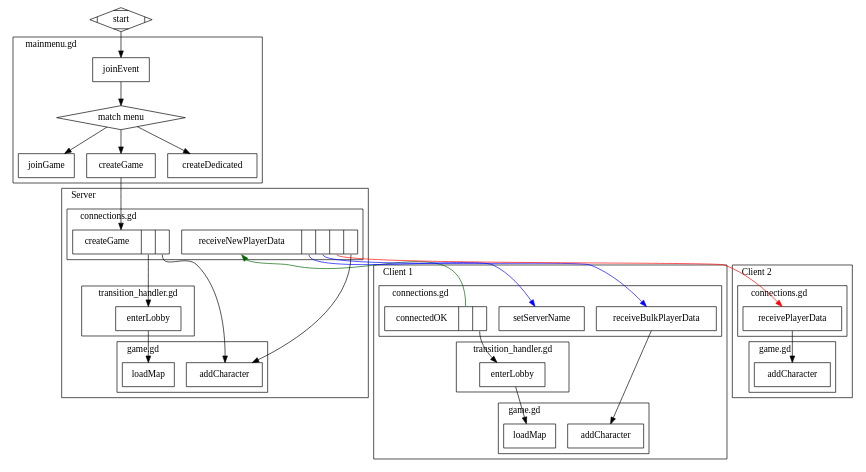
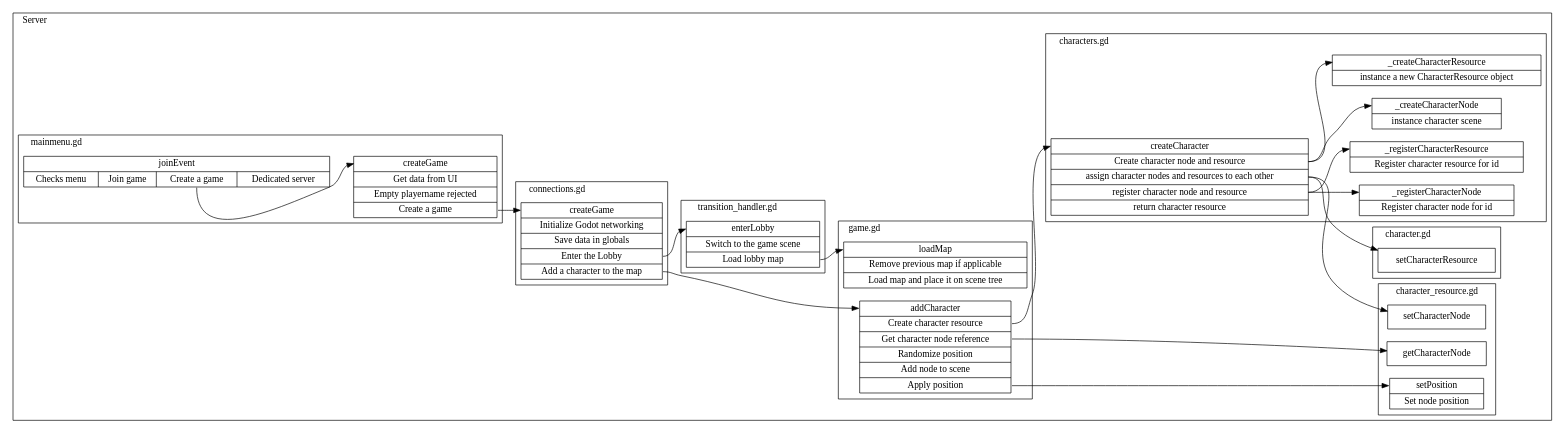
One commit to opensuspect/opensuspect changed the diagram in misc/controlflow/create and join/create.dot. Above: the diagram before and after it, drawn with Graphviz. The commit also changed 17 other files, not shown here.

Commit message:
initial commit: implementation of start game from lobby  * controlflow graphs for create / join updated  * added button for starting the game

```diff
--- a/misc/controlflow/create and join/create.dot
+++ b/misc/controlflow/create and join/create.dot
@@ -1,106 +1,111 @@
-digraph create {
-	subgraph cluster_mainmenu {
-		label="mainmenu.gd"; labeljust="l";
-		node [shape=box]; joinEvent; joinGame; createGame; createDedicated;
-		node [shape=diamond]; {node [label="match menu"] match_menu};
-	}
+digraph controlflow {
+    rankdir="LR";
+    subgraph cluster_client1 {
+        label="Client 1"; labeljust="l";
 
-	subgraph cluster_0 {
-		label="Client 1"; labeljust="l";
-		subgraph cluster_0c {
-			label="connections.gd"; labeljust="l";
-			connections_connectedOK[
-				label="<f0> connectedOK | <f1> | <f2>"
-				shape=record
-			];
-			connections_setServerName [
-				label="<f0> setServerName"
-				shape=record
-			];
-			connections_receiveBulkPlayerData [
-				label="<f0> receiveBulkPlayerData "
-				shape=record
-			];
-		}
-		subgraph cluster_0t {
-			label="transition_handler.gd"; labeljust="l";
-			node [shape=box]; {node [label="enterLobby"] client_enterLobby};
-		}
-		subgraph cluster_0g {
-			label="game.gd"; labeljust="l";
-			client_loadMap [
-				label="loadMap"
-				shape="record"
-			];
-			client_addCharacter [
-				label="addCharacter"
-				shape="record"
-			];
-		}
-	}
-	subgraph cluster_1 {
-		label="Server"; labeljust="l";
-		subgraph cluster_1c {
-			label="connections.gd"; labeljust="l";
-			connections_createGame [
-				label="<f0> createGame | <f1> | <f2>"
-				shape=record
-			];
-			connections_receiveNewPlayerData [
-				label="<f0> receiveNewPlayerData | <f1> | <f2>| <f3> | <f4>"
-				shape=record
-			];
-		}
-		subgraph cluster_1t {
-			label="transition_handler.gd"; labeljust="l";
-			node [shape=box]; {node [label="enterLobby"] server_enterLobby};
-		}
-		subgraph cluster_1g {
-			label="game.gd"; labeljust="l";
-			server_loadMap [
-				label="loadMap"
-				shape="record"
-			];
-			server_addCharacter [
-				label="addCharacter"
-				shape="record"
-			];
-		}
-	}
-	subgraph cluster_2 {
-		label="Client 2"; labeljust="l";
-		subgraph cluster_2c {
-			label="connections.gd"; labeljust="l";
-			connections_receivePlayerData [
-				label="<f0> receivePlayerData "
-				shape=record
-			];
-		}
-		subgraph cluster_2g {
-			label="game.gd"; labeljust="l";
-			client2_addCharacter [
-				label="addCharacter"
-				shape="record"
-			];
-		}
-	}
-	start [shape=Mdiamond];
-	start -> joinEvent;
-	joinEvent -> match_menu;
-	match_menu -> joinGame;
-	match_menu -> createGame;
-	match_menu -> createDedicated;
-	createGame -> connections_createGame;
-	connections_createGame:f1 -> server_enterLobby;
-	server_enterLobby -> server_loadMap;
-	connections_createGame:f2 -> server_addCharacter;
-	connections_connectedOK:f1 -> connections_receiveNewPlayerData:f0 [color=darkgreen];
-	connections_connectedOK:f2 -> client_enterLobby;
-	client_enterLobby -> client_loadMap;
-	connections_receiveNewPlayerData:f1 -> connections_setServerName [color=blue];
-	connections_receiveNewPlayerData:f2 -> connections_receiveBulkPlayerData [color=blue];
-	connections_receiveNewPlayerData:f3 -> connections_receivePlayerData [color=red];
-	connections_receiveNewPlayerData:f4 -> server_addCharacter;
-	connections_receiveBulkPlayerData -> client_addCharacter;
-	connections_receivePlayerData -> client2_addCharacter;
+    }
+    subgraph cluster_server {
+        label="Server"; labeljust="l";
+        subgraph cluster_server_character_resource {
+            label="character_resource.gd"; labeljust="l";
+            server_character_resource_getCharacterNode [
+                label="<begin>getCharacterNode"
+                shape="record"
+            ]
+            server_character_resource_setCharacterNode [
+                label="<begin>setCharacterNode"
+                shape="record"
+            ]
+            server_character_resource_setPosition [
+                label="<begin>setPosition | <f0> Set node position "
+                shape="record"
+            ]
+        }
+        subgraph cluster_server_game {
+            label="game.gd"; labeljust="l";
+            server_game_loadMap [
+                label="<begin>loadMap | {<f0> Remove previous map if applicable } | <f1> Load map and place it on scene tree "
+                shape="record"
+            ]
+            server_game_addCharacter [
+                label="<begin>addCharacter | <f0> Create character resource  | <f1> Get character node reference  | <f2> Randomize position  | <f3> Add node to scene  | <f4> Apply position "
+                shape="record"
+            ]
+        }
+        subgraph cluster_server_character {
+            label="character.gd"; labeljust="l";
+            server_character_setCharacterResource [
+                label="<begin>setCharacterResource"
+                shape="record"
+            ]
+        }
+        subgraph cluster_server_transition_handler {
+            label="transition_handler.gd"; labeljust="l";
+            server_transition_handler_enterLobby [
+                label="<begin>enterLobby | <f0> Switch to the game scene  | <f1> Load lobby map "
+                shape="record"
+            ]
+        }
+        subgraph cluster_server_connections {
+            label="connections.gd"; labeljust="l";
+            server_connections_createGame [
+                label="<begin>createGame | <f0> Initialize Godot networking  | <f1> Save data in globals  | <f2> Enter the Lobby  | <f3> Add a character to the map "
+                shape="record"
+            ]
+        }
+        subgraph cluster_server_characters {
+            label="characters.gd"; labeljust="l";
+            server_characters_createCharacter [
+                label="<begin>createCharacter | <f0> Create character node and resource  | <f1> assign character nodes and resources to each other  | <f2> register character node and resource  | <f3> return character resource "
+                shape="record"
+            ]
+            server_characters__createCharacterNode [
+                label="<begin>_createCharacterNode | <f0> instance character scene "
+                shape="record"
+            ]
+            server_characters__createCharacterResource [
+                label="<begin>_createCharacterResource | <f0> instance a new CharacterResource object "
+                shape="record"
+            ]
+            server_characters__registerCharacterNode [
+                label="<begin>_registerCharacterNode | <f0> Register character node for id "
+                shape="record"
+            ]
+            server_characters__registerCharacterResource [
+                label="<begin>_registerCharacterResource | <f0> Register character resource for id "
+                shape="record"
+            ]
+        }
+        subgraph cluster_server_mainmenu {
+            label="mainmenu.gd"; labeljust="l";
+            server_mainmenu_createGame [
+                label="<begin>createGame | <f0> Get data from UI  | {<f1> Empty playername rejected } | <f2> Create a game "
+                shape="record"
+            ]
+            server_mainmenu_joinEvent [
+                label="<begin>joinEvent | {<f0> Checks menu  | <f1> Join game  | <f2> Create a game  | <f3> Dedicated server }"
+                shape="record"
+            ]
+        }
+
+    }
+    subgraph cluster_client2 {
+        label="Client 2"; labeljust="l";
+
+    }
+
+    server_mainmenu_joinEvent:f2 -> server_mainmenu_createGame:begin;
+    server_mainmenu_createGame:f2 -> server_connections_createGame:begin;
+    server_connections_createGame:f2 -> server_transition_handler_enterLobby:begin;
+    server_transition_handler_enterLobby:f1 -> server_game_loadMap:begin;
+    server_connections_createGame:f3 -> server_game_addCharacter:begin;
+    server_game_addCharacter:f0 -> server_characters_createCharacter:begin;
+    server_game_addCharacter:f1 -> server_character_resource_getCharacterNode:begin;
+    server_game_addCharacter:f4 -> server_character_resource_setPosition:begin;
+    server_characters_createCharacter:f0 -> server_characters__createCharacterNode:begin;
+    server_characters_createCharacter:f0 -> server_characters__createCharacterResource:begin;
+    server_characters_createCharacter:f1 -> server_character_setCharacterResource:begin;
+    server_characters_createCharacter:f1 -> server_character_resource_setCharacterNode:begin;
+    server_characters_createCharacter:f2 -> server_characters__registerCharacterNode:begin;
+    server_characters_createCharacter:f2 -> server_characters__registerCharacterResource:begin;
 }
```
